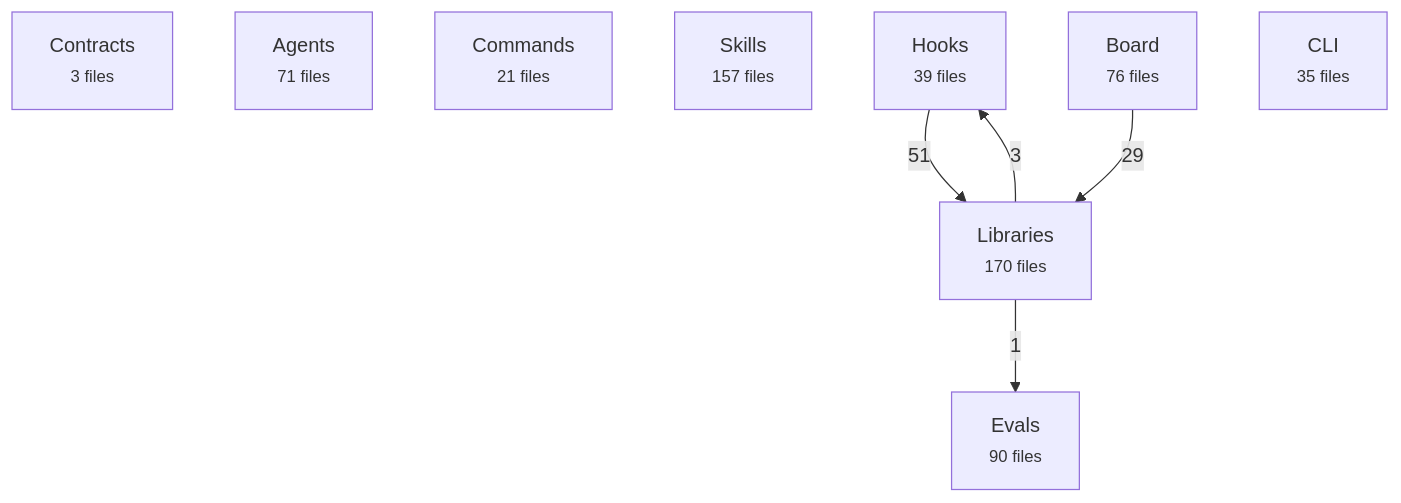
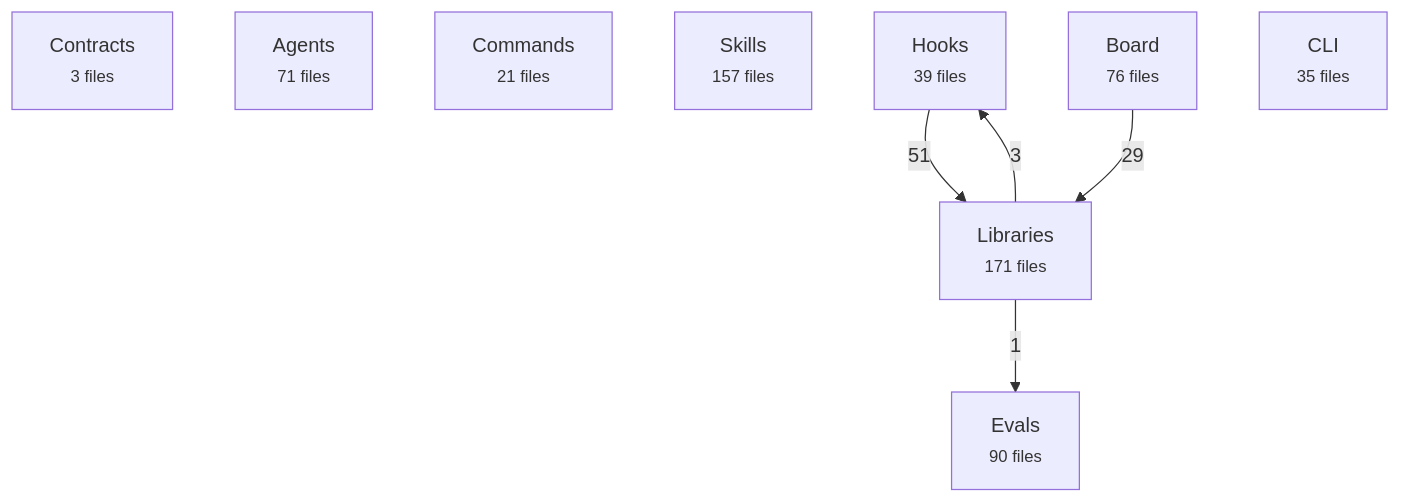
One commit to avelikiy/great_cto changed the first of 2 diagrams in docs/reference/architecture-map.md. Above: the diagram before and after it, drawn with Mermaid. The commit also changed other lines of this file and 13 other files, not shown here.

````diff
--- a/docs/reference/architecture-map.md
+++ b/docs/reference/architecture-map.md
@@ -20,16 +20,16 @@
 ```mermaid
 flowchart TD
   contracts["Contracts<br/><small>3 files</small>"]
   agents["Agents<br/><small>71 files</small>"]
   commands["Commands<br/><small>21 files</small>"]
   skills["Skills<br/><small>157 files</small>"]
   hooks["Hooks<br/><small>39 files</small>"]
-  libs["Libraries<br/><small>170 files</small>"]
+  libs["Libraries<br/><small>171 files</small>"]
   board["Board<br/><small>76 files</small>"]
   cli["CLI<br/><small>35 files</small>"]
   evals["Evals<br/><small>90 files</small>"]
   hooks -->|51| libs
   board -->|29| libs
   libs -->|3| hooks
   libs -->|1| evals
 ```
````
